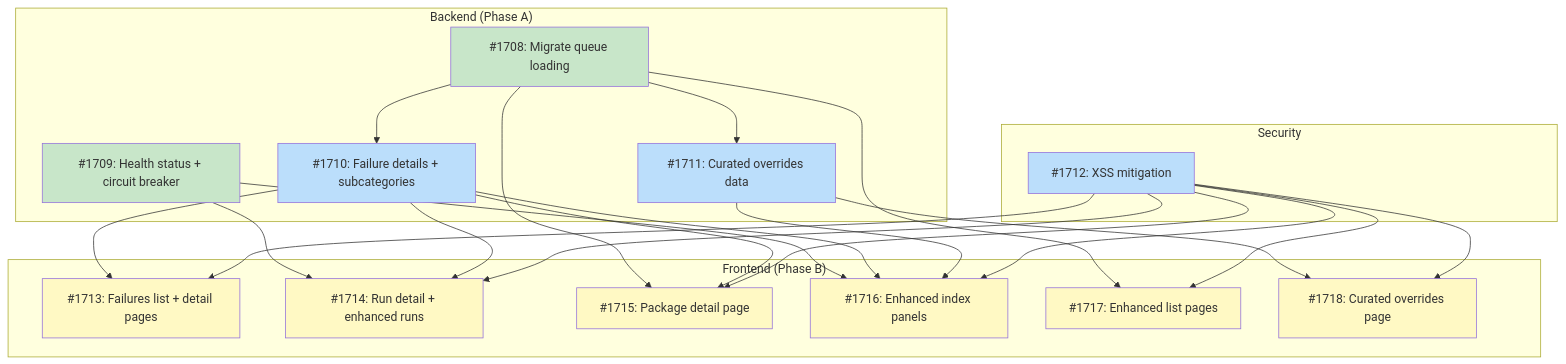
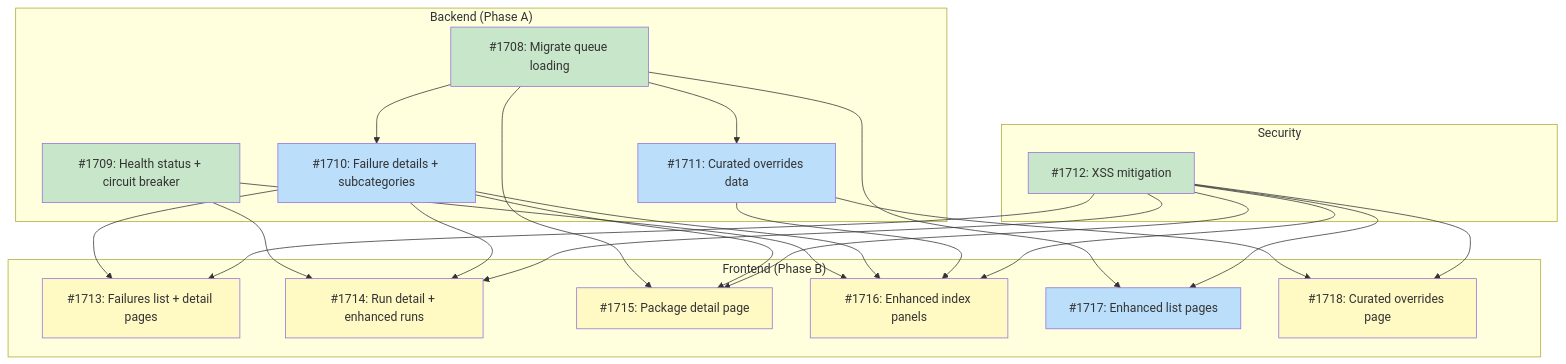
Before and after one commit to tsukumogami/tsuku: the first of 3 diagrams in docs/designs/DESIGN-dashboard-observability.md, drawn with Mermaid. The commit also changed other lines of this file, not shown here.

Commit message:
docs(design): mark #1712 complete in dashboard observability design
Update dependency graph: #1717 now ready (all blockers done).

````diff
--- a/docs/designs/DESIGN-dashboard-observability.md
+++ b/docs/designs/DESIGN-dashboard-observability.md
@@ -67,51 +67,51 @@
 ```mermaid
 graph TD
     subgraph Backend["Backend (Phase A)"]
         I1708["#1708: Migrate queue loading"]
         I1709["#1709: Health status + circuit breaker"]
         I1710["#1710: Failure details + subcategories"]
         I1711["#1711: Curated overrides data"]
     end
 
     subgraph Security["Security"]
         I1712["#1712: XSS mitigation"]
     end
 
     subgraph Frontend["Frontend (Phase B)"]
         I1713["#1713: Failures list + detail pages"]
         I1714["#1714: Run detail + enhanced runs"]
         I1715["#1715: Package detail page"]
         I1716["#1716: Enhanced index panels"]
         I1717["#1717: Enhanced list pages"]
         I1718["#1718: Curated overrides page"]
     end
 
     I1708 --> I1710
     I1708 --> I1711
     I1708 --> I1715
     I1708 --> I1717
     I1710 --> I1713
     I1712 --> I1713
     I1709 --> I1714
     I1710 --> I1714
     I1712 --> I1714
     I1710 --> I1715
     I1712 --> I1715
     I1709 --> I1716
     I1710 --> I1716
     I1711 --> I1716
     I1712 --> I1716
     I1712 --> I1717
     I1711 --> I1718
     I1712 --> I1718
 
     classDef done fill:#c8e6c9
     classDef ready fill:#bbdefb
     classDef blocked fill:#fff9c4
     classDef needsDesign fill:#e1bee7
 
-    class I1708,I1709 done
-    class I1712 ready
+    class I1708,I1709,I1712 done
     class I1710,I1711 ready
-    class I1713,I1714,I1715,I1716,I1717,I1718 blocked
+    class I1717 ready
+    class I1713,I1714,I1715,I1716,I1718 blocked
 ```
````
